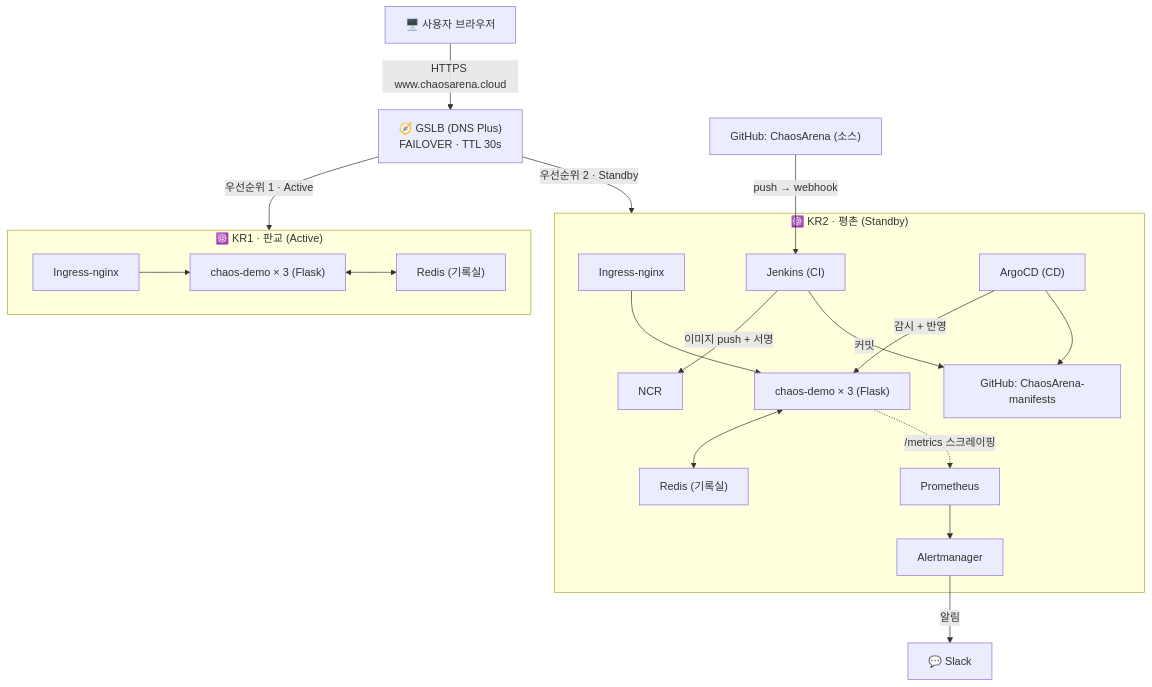
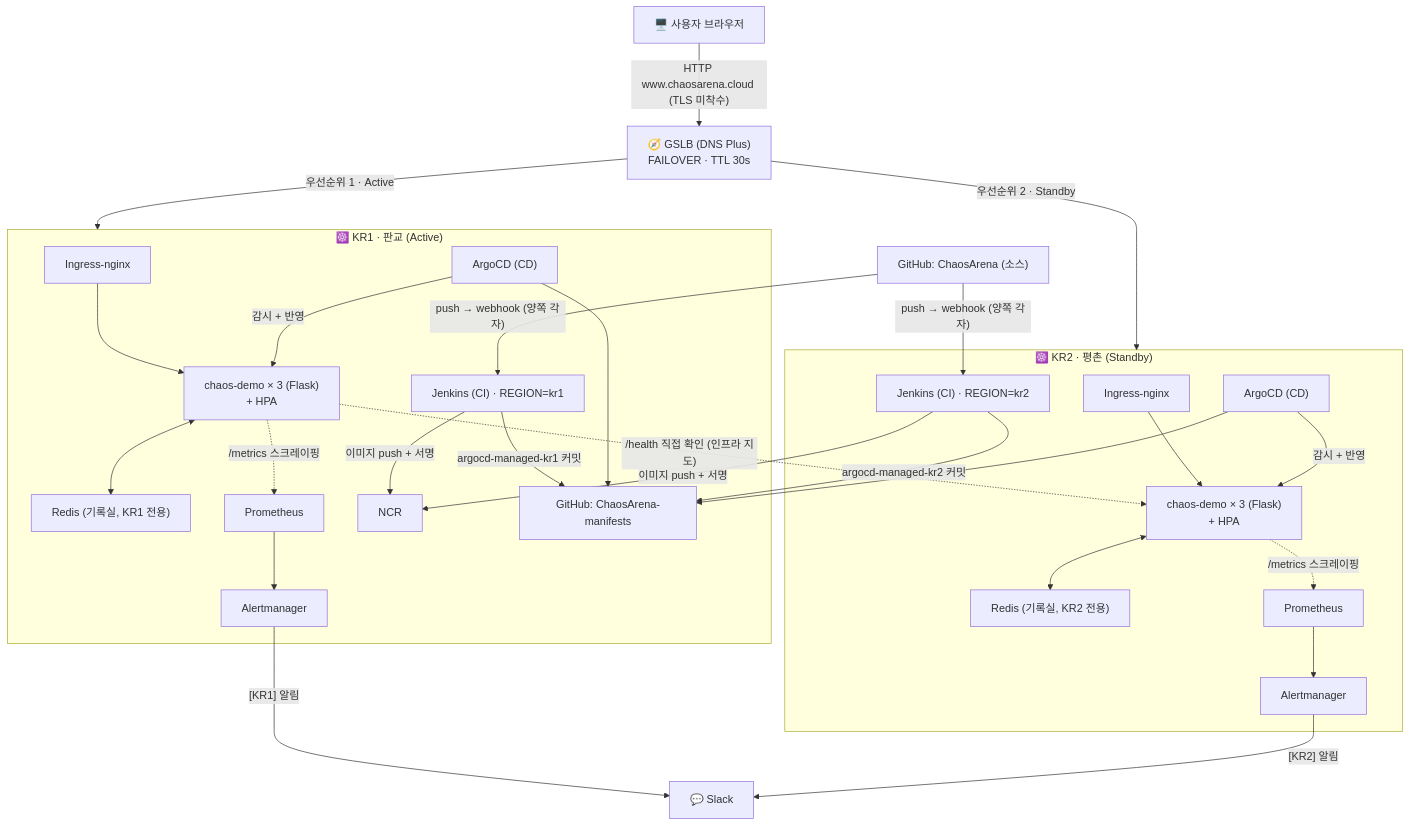
One commit to wonju90/ChaosArena changed the diagram in README.md. Above: the diagram before and after it, drawn with Mermaid. The commit also changed other lines of this file, not shown here.

Commit message:
Update README architecture diagram to match control-plane duplication
Mirrors docs/ARCHITECTURE.md's diagram (both regions now symmetric:
Jenkins/ArgoCD/Prometheus in each). Also fixes the stale HTTPS mention
(still HTTP, TLS not done) and the failover direction (KR1 is Active,
KR2 Standby), and adds the /infra tab to the templates list.

````diff
--- a/README.md
+++ b/README.md
@@ -22,25 +24,34 @@
 ```mermaid
 flowchart TB
-    User["🖥️ 사용자 브라우저"] -->|"HTTPS www.chaosarena.cloud"| GSLB["🧭 GSLB (DNS Plus)<br/>FAILOVER · TTL 30s"]
+    User["🖥️ 사용자 브라우저"] -->|"HTTP www.chaosarena.cloud (TLS 미착수)"| GSLB["🧭 GSLB (DNS Plus)<br/>FAILOVER · TTL 30s"]
     GSLB -->|"우선순위 1 · Active"| KR1
     GSLB -->|"우선순위 2 · Standby"| KR2
 
     subgraph KR1 ["☸️ KR1 · 판교 (Active)"]
-        Ingress1["Ingress-nginx"] --> Pods1["chaos-demo × 3 (Flask)"]
-        Pods1 <--> Redis1["Redis (기록실)"]
+        Ingress1["Ingress-nginx"] --> Pods1["chaos-demo × 3 (Flask)<br/>+ HPA"]
+        Pods1 <--> Redis1["Redis (기록실, KR1 전용)"]
+        Pods1 -.->|"/metrics 스크레이핑"| Prom1["Prometheus"]
+        Prom1 --> Alertmgr1["Alertmanager"]
+        Jenkins1["Jenkins (CI) · REGION=kr1"] -->|"이미지 push + 서명"| NCR
+        Jenkins1 -->|"argocd-managed-kr1 커밋"| ManifestsRepo
+        ArgoCD1["ArgoCD (CD)"] -->|"감시 + 반영"| Pods1
+        ArgoCD1 --> ManifestsRepo
     end
 
     subgraph KR2 ["☸️ KR2 · 평촌 (Standby)"]
-        Ingress2["Ingress-nginx"] --> Pods2["chaos-demo × 3 (Flask)"]
-        Pods2 <--> Redis2["Redis (기록실)"]
-        Pods2 -.->|"/metrics 스크레이핑"| Prom["Prometheus"]
-        Prom --> Alertmgr["Alertmanager"]
-        Jenkins["Jenkins (CI)"] -->|"이미지 push + 서명"| NCR["NCR"]
-        Jenkins -->|"커밋"| ManifestsRepo["GitHub: ChaosArena-manifests"]
-        ArgoCD["ArgoCD (CD)"] -->|"감시 + 반영"| Pods2
-        ArgoCD --> ManifestsRepo
+        Ingress2["Ingress-nginx"] --> Pods2["chaos-demo × 3 (Flask)<br/>+ HPA"]
+        Pods2 <--> Redis2["Redis (기록실, KR2 전용)"]
+        Pods2 -.->|"/metrics 스크레이핑"| Prom2["Prometheus"]
+        Prom2 --> Alertmgr2["Alertmanager"]
+        Jenkins2["Jenkins (CI) · REGION=kr2"] -->|"이미지 push + 서명"| NCR["NCR"]
+        Jenkins2 -->|"argocd-managed-kr2 커밋"| ManifestsRepo["GitHub: ChaosArena-manifests"]
+        ArgoCD2["ArgoCD (CD)"] -->|"감시 + 반영"| Pods2
+        ArgoCD2 --> ManifestsRepo
     end
 
-    SourceRepo["GitHub: ChaosArena (소스)"] -->|"push → webhook"| Jenkins
-    Alertmgr -->|"알림"| Slack["💬 Slack"]
+    Pods1 -.->|"/health 직접 확인 (인프라 지도)"| Pods2
+    SourceRepo["GitHub: ChaosArena (소스)"] -->|"push → webhook (양쪽 각자)"| Jenkins1
+    SourceRepo -->|"push → webhook (양쪽 각자)"| Jenkins2
+    Alertmgr1 -->|"[KR1] 알림"| Slack["💬 Slack"]
+    Alertmgr2 -->|"[KR2] 알림"| Slack
 ```
````
